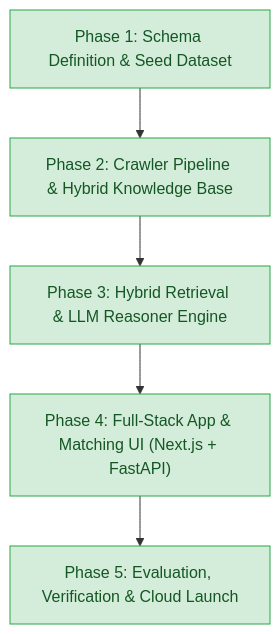
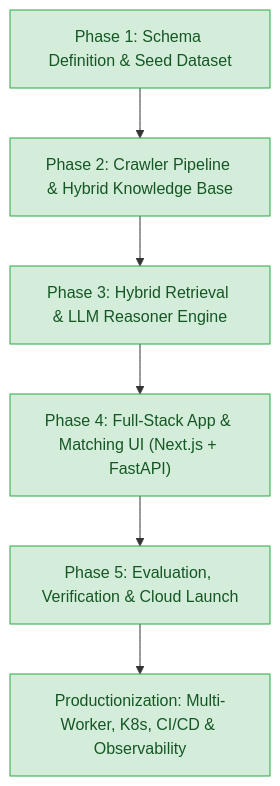
The first of 2 diagrams in README.md (evilshaman/government-schemes-rag), drawn with Mermaid before and after one commit. The commit also changed other lines of this file and 29 other files, not shown here.

````diff
--- a/README.md
+++ b/README.md
@@ -9,10 +9,11 @@
 ```mermaid
 flowchart TD
     M1["Phase 1: Schema Definition & Seed Dataset"] --> M2["Phase 2: Crawler Pipeline & Hybrid Knowledge Base"]
     M2 --> M3["Phase 3: Hybrid Retrieval & LLM Reasoner Engine"]
     M3 --> M4["Phase 4: Full-Stack App & Matching UI (Next.js + FastAPI)"]
     M4 --> M5["Phase 5: Evaluation, Verification & Cloud Launch"]
+    M5 --> PROD["Productionization: Multi-Worker, K8s, CI/CD & Observability"]
 
     classDef done fill:#d4edda,stroke:#28a745,color:#155724;
-    class M1,M2,M3,M4,M5 done;
+    class M1,M2,M3,M4,M5,PROD done;
 ```
````
